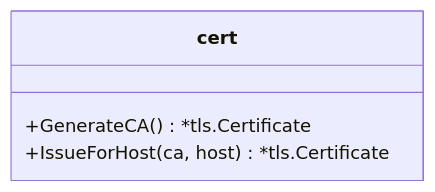
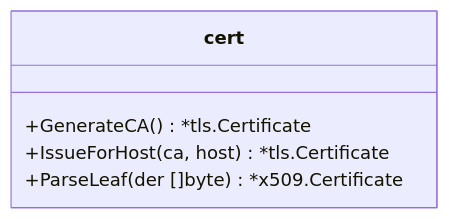
Before and after one commit to codermasterg-sudo/cortex-proxy: the eighth of 14 diagrams in docs/architecture.md, drawn with Mermaid. The commit also changed other lines of this file and 1 other file, not shown here.

````diff
--- a/docs/architecture.md
+++ b/docs/architecture.md
@@ -283,7 +314,8 @@
 ```mermaid
 classDiagram
     class cert {
         +GenerateCA() *tls.Certificate
         +IssueForHost(ca, host) *tls.Certificate
+        +ParseLeaf(der []byte) *x509.Certificate
     }
 ```
````
